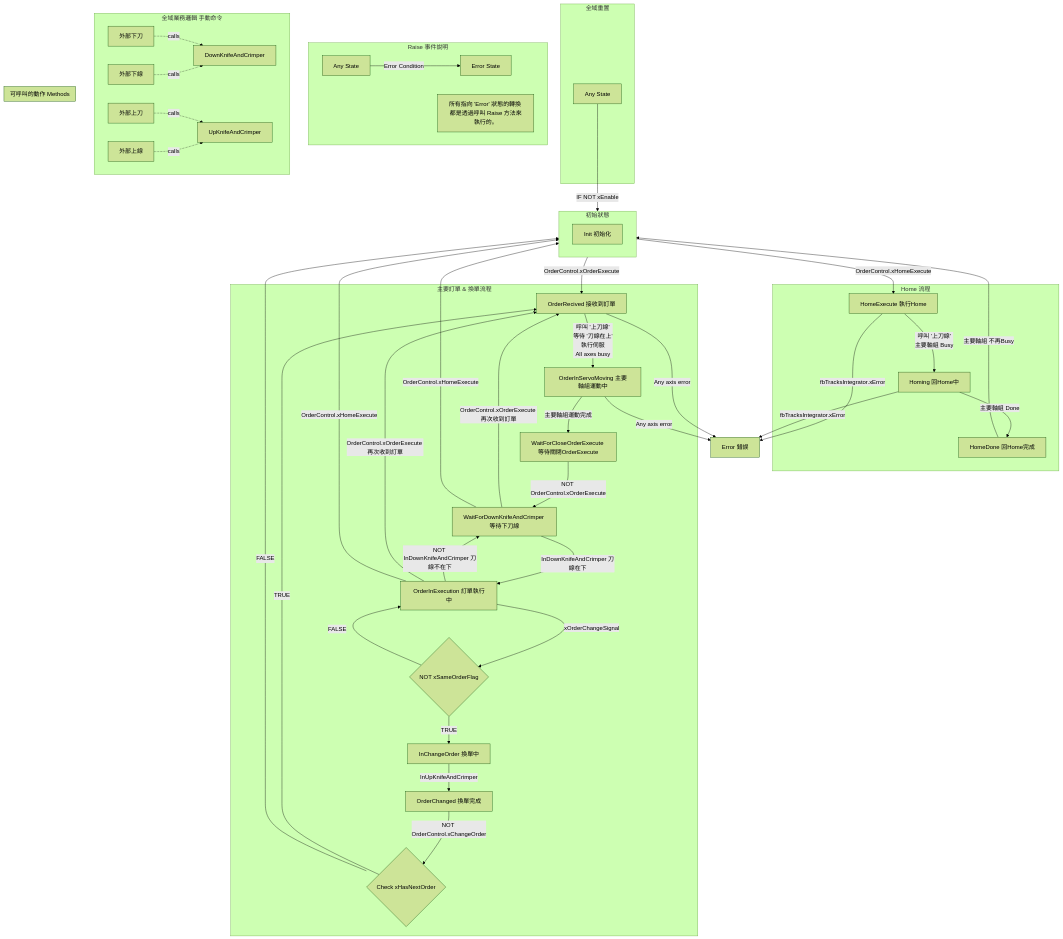
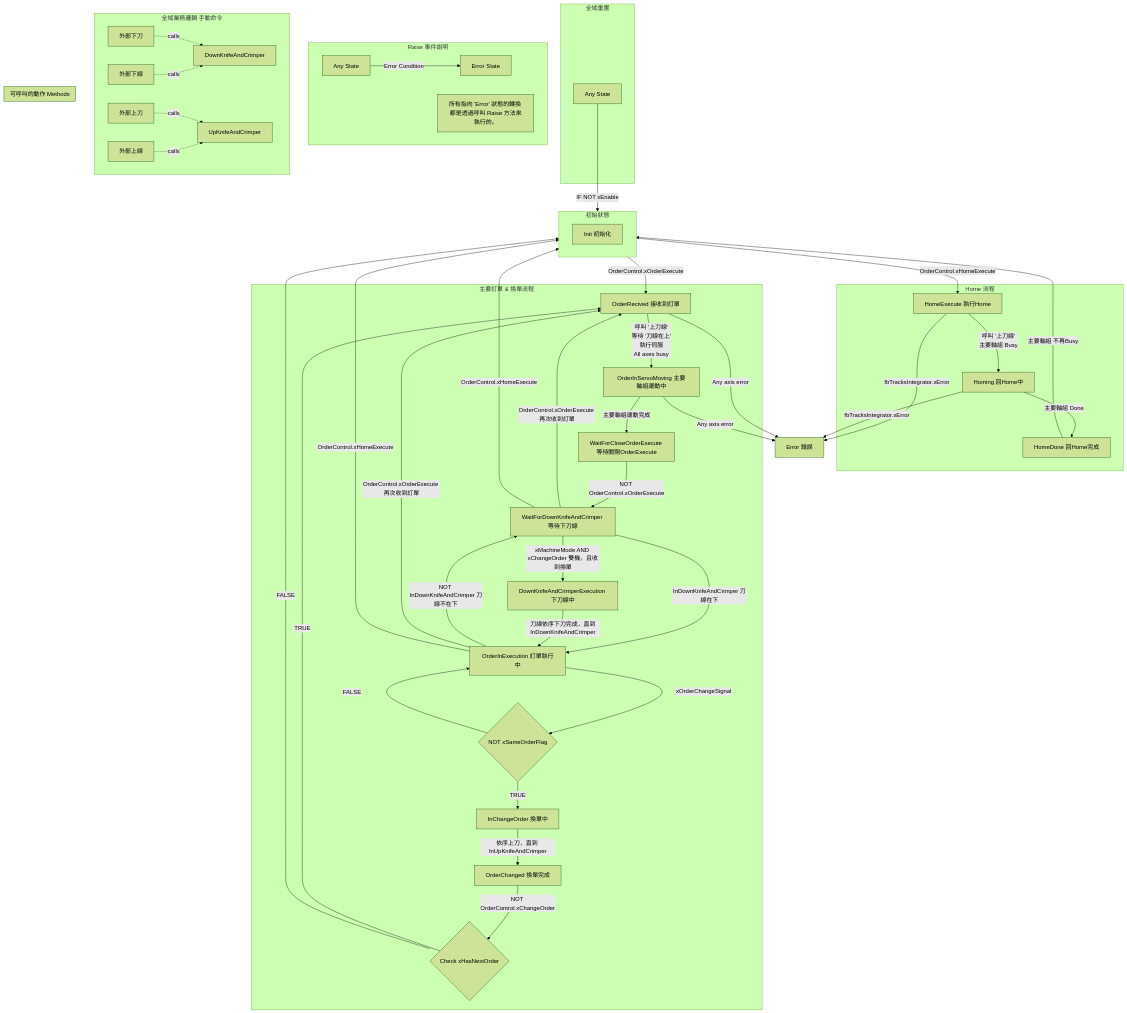
One commit to kevin00156/sunming_sliter_modbus_address changed the diagram in 換單流程.md. Above: the diagram before and after it, drawn with Mermaid (forest theme). The commit also changed 7 other files, not shown here.

```diff
--- a/換單流程.md
+++ b/換單流程.md
@@ -29,6 +29,7 @@
         OrderInServoMoving[OrderInServoMoving 主要軸組運動中]
         WaitForCloseOrderExecute[WaitForCloseOrderExecute 等待關閉OrderExecute]
         WaitForDownKnifeAndCrimper[WaitForDownKnifeAndCrimper 等待下刀線]
+        DownKnifeAndCrimperExecution[DownKnifeAndCrimperExecution 下刀線中]
         OrderInExecution[OrderInExecution 訂單執行中]
         InChangeOrder[InChangeOrder 換單中]
         OrderChanged[OrderChanged 換單完成]
@@ -44,14 +45,17 @@
         WaitForCloseOrderExecute -->|NOT OrderControl.xOrderExecute| WaitForDownKnifeAndCrimper
         
         WaitForDownKnifeAndCrimper -->|InDownKnifeAndCrimper 刀線在下| OrderInExecution
-        
+        WaitForDownKnifeAndCrimper -->|xMachineMode AND xChangeOrder 雙機，且收到換單|DownKnifeAndCrimperExecution
+
+        DownKnifeAndCrimperExecution -->|刀線依序下刀完成，直到InDownKnifeAndCrimper|OrderInExecution
+
         OrderInExecution -->|NOT InDownKnifeAndCrimper 刀線不在下| WaitForDownKnifeAndCrimper
         OrderInExecution -->|xOrderChangeSignal| 換單相同訂單判斷
         
         換單相同訂單判斷 --> |TRUE| InChangeOrder
         換單相同訂單判斷 --> |FALSE| OrderInExecution
         
-        InChangeOrder -->|InUpKnifeAndCrimper| OrderChanged
+        InChangeOrder -->|依序上刀，直到 InUpKnifeAndCrimper| OrderChanged
         OrderChanged -->|NOT OrderControl.xChangeOrder| CheckNextOrder
         
         %% 循環/重置 箭頭
```
